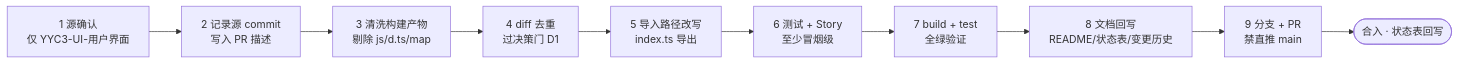
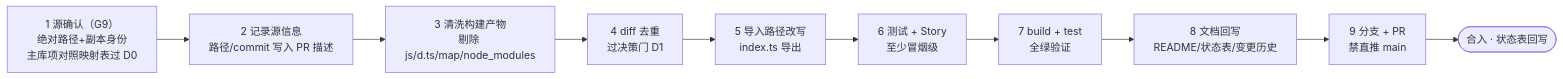
The third of 6 diagrams in docs/YYC3-项目组件-拆分规范/YYC3-组件拆分-推进流程图.md (YYC-Cube/YYC3-Component-Library), drawn with Mermaid before and after one commit. The commit also changed other lines of this file and 2 other files, not shown here.

````diff
--- a/docs/YYC3-项目组件-拆分规范/YYC3-组件拆分-推进流程图.md
+++ b/docs/YYC3-项目组件-拆分规范/YYC3-组件拆分-推进流程图.md
@@ -130,12 +143,12 @@
 ```mermaid
 flowchart LR
-    T1["1 源确认<br/>仅 YYC3-UI-用户界面"] --> T2["2 记录源 commit<br/>写入 PR 描述"]
-    T2 --> T3["3 清洗构建产物<br/>剔除 js/d.ts/map"]
+    T1["1 源确认（G9）<br/>绝对路径+副本身份<br/>主库项对照映射表过 D0"] --> T2["2 记录源信息<br/>路径/commit 写入 PR 描述"]
+    T2 --> T3["3 清洗构建产物<br/>剔除 js/d.ts/map/node_modules"]
     T3 --> T4["4 diff 去重<br/>过决策门 D1"]
     T4 --> T5["5 导入路径改写<br/>index.ts 导出"]
     T5 --> T6["6 测试 + Story<br/>至少冒烟级"]
     T6 --> T7["7 build + test<br/>全绿验证"]
     T7 --> T8["8 文档回写<br/>README/状态表/变更历史"]
     T8 --> T9["9 分支 + PR<br/>禁直推 main"]
     T9 --> T10(["合入 · 状态表回写"])
 ```
````
